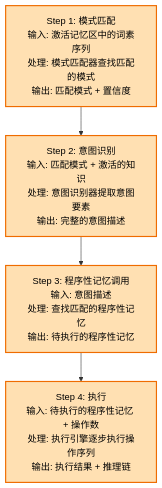
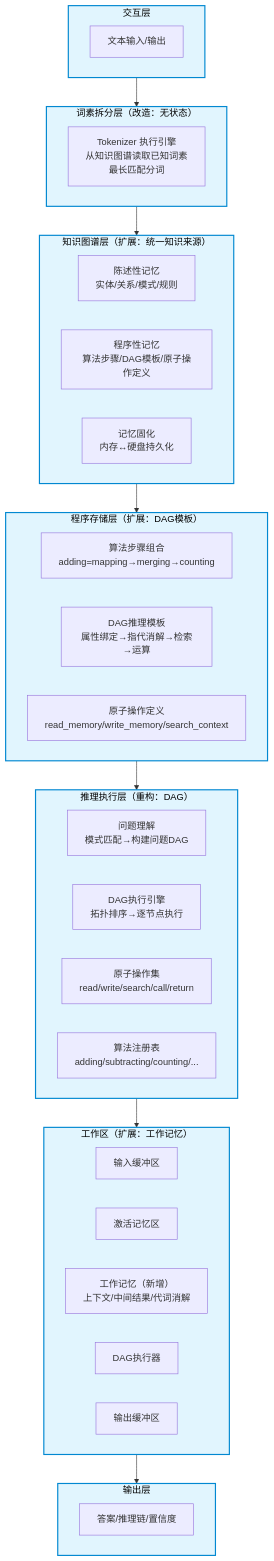
One commit to weidong-qinfeng/small_world changed the fourth of 6 diagrams in doc/数字大脑/架构设计.md. Above: the diagram before and after it, drawn with Mermaid. The commit also changed other lines of this file and 8 other files, not shown here.

````diff
--- a/doc/数字大脑/架构设计.md
+++ b/doc/数字大脑/架构设计.md
@@ -800,13 +224,51 @@
 ```mermaid
 flowchart TD
-    S1["Step 1: 模式匹配<br/>输入: 激活记忆区中的词素序列<br/>处理: 模式匹配器查找匹配的模式<br/>输出: 匹配模式 + 置信度"]
-    S2["Step 2: 意图识别<br/>输入: 匹配模式 + 激活的知识<br/>处理: 意图识别器提取意图要素<br/>输出: 完整的意图描述"]
-    S3["Step 3: 程序性记忆调用<br/>输入: 意图描述<br/>处理: 查找匹配的程序性记忆<br/>输出: 待执行的程序性记忆"]
-    S4["Step 4: 执行<br/>输入: 待执行的程序性记忆 + 操作数<br/>处理: 执行引擎逐步执行操作序列<br/>输出: 执行结果 + 推理链"]
-    
-    S1 --> S2 --> S3 --> S4
-    
-    classDef step fill:#ffe0b2,stroke:#ef6c00,stroke-width:2px,color:#000
-    
-    class S1,S2,S3,S4 step
+    subgraph IL["交互层"]
+        I1["文本输入/输出"]
+    end
+
+    subgraph TL["词素拆分层（改造：无状态）"]
+        T1["Tokenizer 执行引擎<br/>从知识图谱读取已知词素<br/>最长匹配分词"]
+    end
+
+    subgraph KGL["知识图谱层（扩展：统一知识来源）"]
+        K1["陈述性记忆<br/>实体/关系/模式/规则"]
+        K2["程序性记忆<br/>算法步骤/DAG模板/原子操作定义"]
+        K3["记忆固化<br/>内存↔硬盘持久化"]
+    end
+
+    subgraph PSL["程序存储层（扩展：DAG模板）"]
+        P1["算法步骤组合<br/>adding=mapping→merging→counting"]
+        P2["DAG推理模板<br/>属性绑定→指代消解→检索→运算"]
+        P3["原子操作定义<br/>read_memory/write_memory/search_context"]
+    end
+
+    subgraph REL["推理执行层（重构：DAG）"]
+        R1["问题理解<br/>模式匹配→构建问题DAG"]
+        R2["DAG执行引擎<br/>拓扑排序→逐节点执行"]
+        R3["原子操作集<br/>read/write/search/call/return"]
+        R4["算法注册表<br/>adding/subtracting/counting/..."]
+    end
+
+    subgraph WS["工作区（扩展：工作记忆）"]
+        W1["输入缓冲区"]
+        W2["激活记忆区"]
+        W3["工作记忆（新增）<br/>上下文/中间结果/代词消解"]
+        W4["DAG执行器"]
+        W5["输出缓冲区"]
+    end
+
+    subgraph OL["输出层"]
+        O1["答案/推理链/置信度"]
+    end
+
+    IL --> TL
+    TL --> KGL
+    KGL --> PSL
+    PSL --> REL
+    REL --> WS
+    WS --> OL
+
+    classDef layer fill:#e1f5fe,stroke:#0288d1,stroke-width:2px,color:#000
+    class IL,TL,KGL,PSL,REL,WS,OL layer
 ```
````
